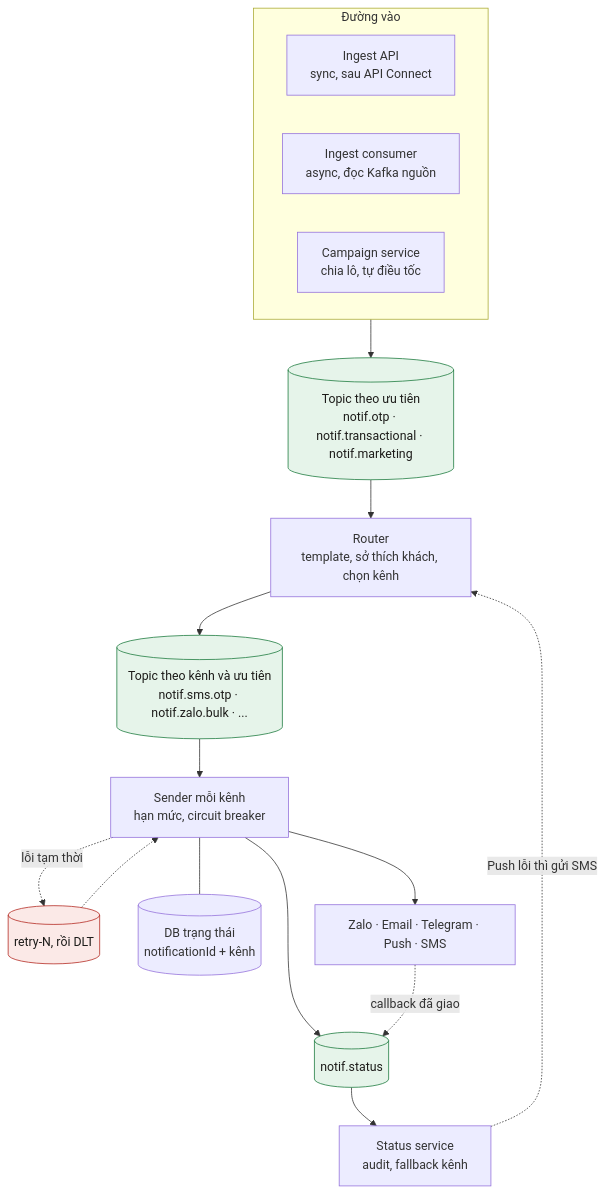
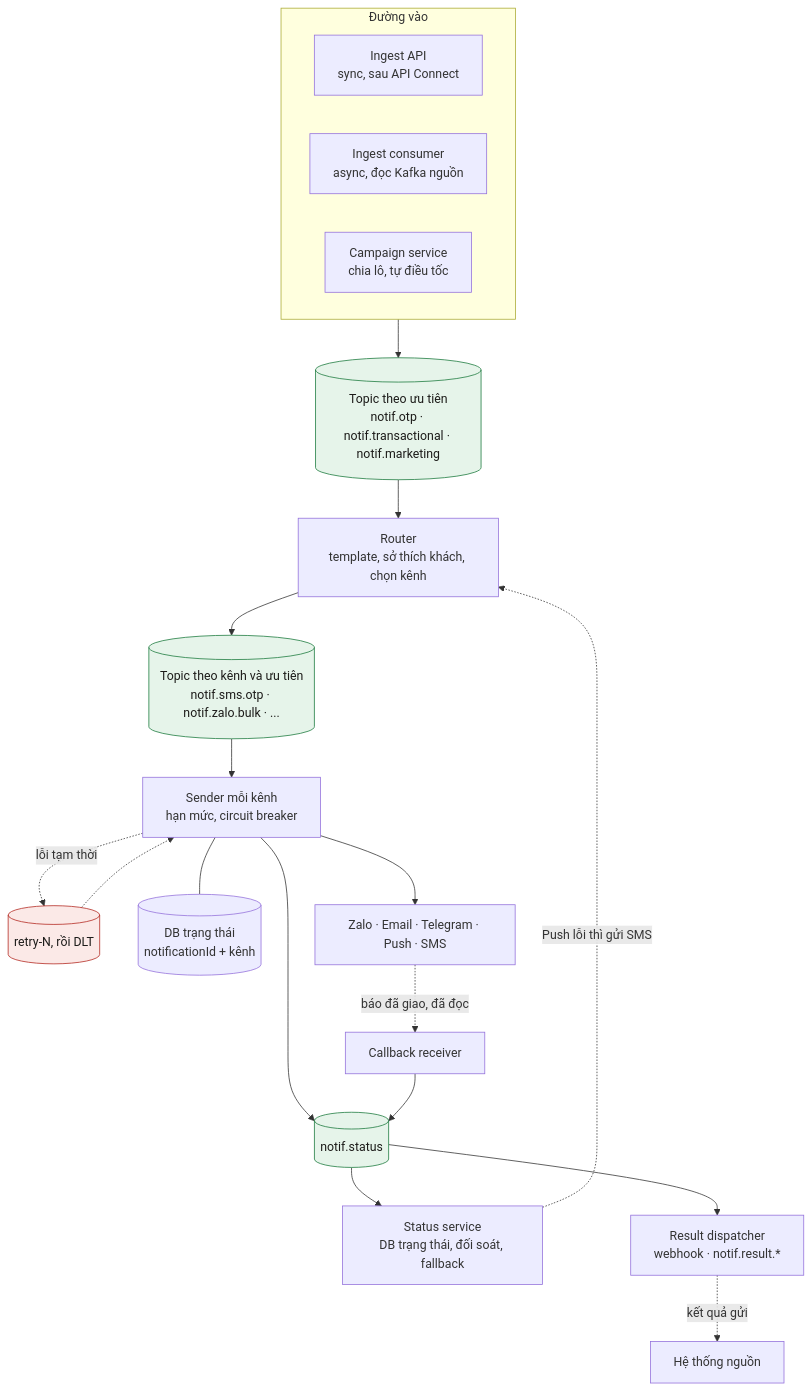
One commit to hainguyen85/kafka-study changed the second of 9 diagrams in lessons/0017-notification-hub.md. Above: the diagram before and after it, drawn with Mermaid. The commit also changed other lines of this file and 7 other files, not shown here.

````diff
--- a/lessons/0017-notification-hub.md
+++ b/lessons/0017-notification-hub.md
@@ -42,25 +71,28 @@
 ```mermaid
 flowchart TB
 subgraph IN["Đường vào"]
 direction LR
 API["Ingest API<br/>sync, sau API Connect"]
 ING["Ingest consumer<br/>async, đọc Kafka nguồn"]
 CAMP["Campaign service<br/>chia lô, tự điều tốc"]
 end
 IN --> PRI[("Topic theo ưu tiên<br/>notif.otp · notif.transactional · notif.marketing")]
 PRI --> R["Router<br/>template, sở thích khách, chọn kênh"]
 R --> CHT[("Topic theo kênh và ưu tiên<br/>notif.sms.otp · notif.zalo.bulk · ...")]
 CHT --> SND["Sender mỗi kênh<br/>hạn mức, circuit breaker"]
 SND -.->|"lỗi tạm thời"| RT[("retry-N, rồi DLT")]
 RT -.-> SND
 SND --- DB[("DB trạng thái<br/>notificationId + kênh")]
 SND --> PROV["Zalo · Email · Telegram · Push · SMS"]
 SND --> ST[("notif.status")]
-PROV -.->|"callback đã giao"| ST
-ST --> STS["Status service<br/>audit, fallback kênh"]
+PROV -.->|"báo đã giao, đã đọc"| CR["Callback receiver"]
+CR --> ST
+ST --> STS["Status service<br/>DB trạng thái, đối soát, fallback"]
 STS -.->|"Push lỗi thì gửi SMS"| R
+ST --> RD["Result dispatcher<br/>webhook · notif.result.*"]
+RD -.->|"kết quả gửi"| SRC["Hệ thống nguồn"]
 class PRI,CHT,ST ok
 class RT warn
 classDef ok fill:#e6f4ea,stroke:#1b7a3d,color:#1c1b19
 classDef warn fill:#fbe9e7,stroke:#b3261e,color:#1c1b19
 ```
````
